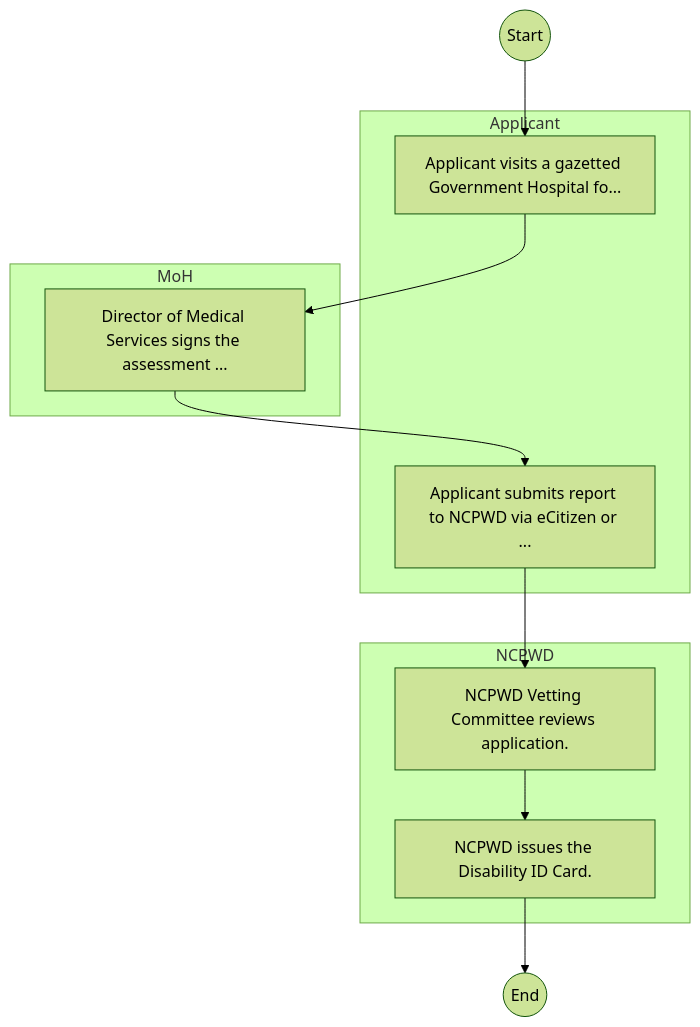
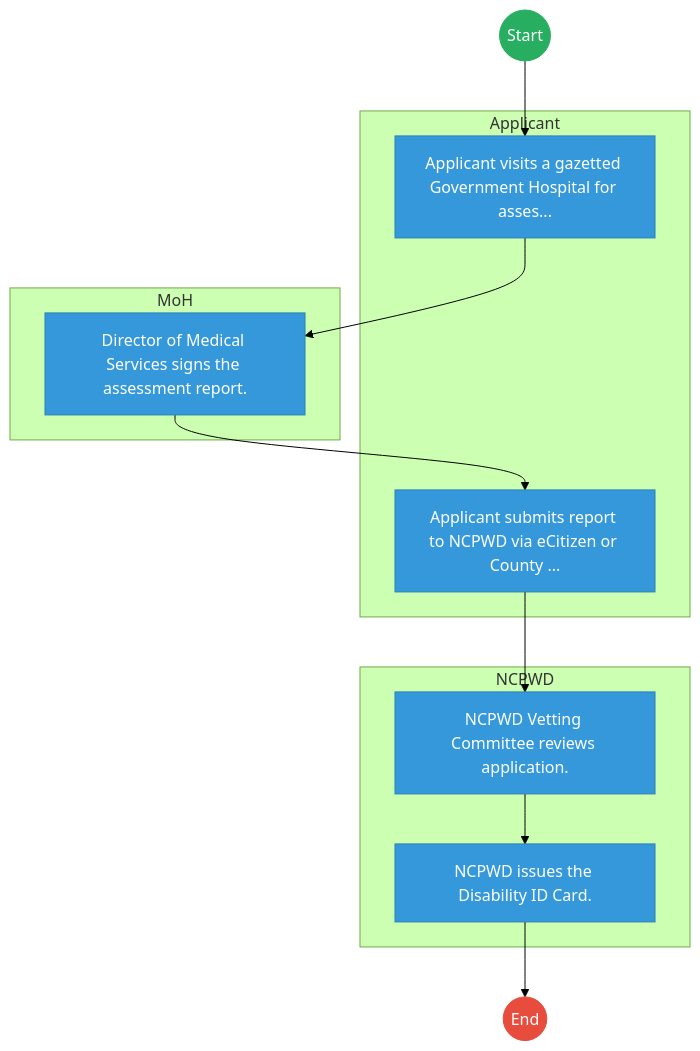
Before and after one commit to BITZ-IT-Consulting-LTD/ictapoc: the first of 2 diagrams in mdas/docs_final/National_Council_for_Persons_With_Disabilities___Service_Delivery.md, drawn with Mermaid (forest theme). The commit also changed other lines of this file and 461 other files, not shown here.

````diff
--- a/mdas/docs_final/National_Council_for_Persons_With_Disabilities___Service_Delivery.md
+++ b/mdas/docs_final/National_Council_for_Persons_With_Disabilities___Service_Delivery.md
@@ -20,20 +20,32 @@
 ```mermaid
 graph TD
     Start((Start)) --> S1
+
     subgraph Applicant [Applicant]
-        S1["Applicant visits a gazetted Government Hospital fo..."]
-        S3["Applicant submits report to NCPWD via eCitizen or ..."]
+        S1["Applicant visits a gazetted Government Hospital for asses..."]
+        S3["Applicant submits report to NCPWD via eCitizen or County ..."]
     end
+
     subgraph MoH [MoH]
-        S2["Director of Medical Services signs the assessment ..."]
+        S2["Director of Medical Services signs the assessment report."]
     end
+
     subgraph NCPWD [NCPWD]
         S4["NCPWD Vetting Committee reviews application."]
         S5["NCPWD issues the Disability ID Card."]
     end
     S1 --> S2
     S2 --> S3
     S3 --> S4
     S4 --> S5
     S5 --> End((End))
+
+    classDef start fill:#27ae60,stroke:#27ae60,color:#fff;
+    classDef endNode fill:#e74c3c,stroke:#e74c3c,color:#fff;
+    classDef userTask fill:#3498db,stroke:#2980b9,color:#fff;
+    classDef serviceTask fill:#9b59b6,stroke:#8e44ad,color:#fff;
+
+    class Start start;
+    class End endNode;
+    class S1,S2,S3,S4,S5 userTask;
 ```
````
